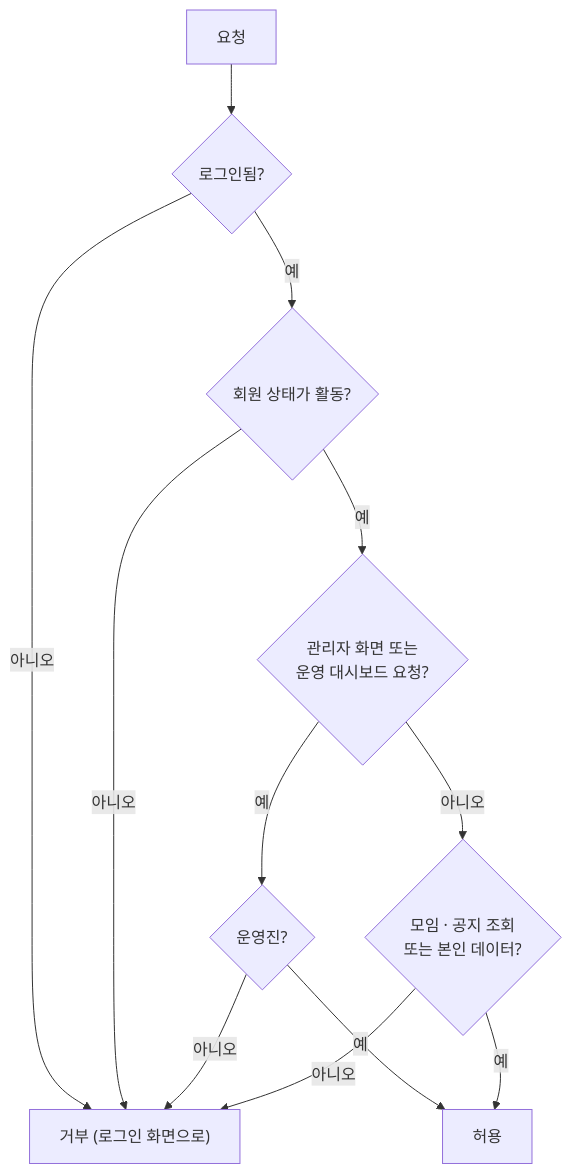
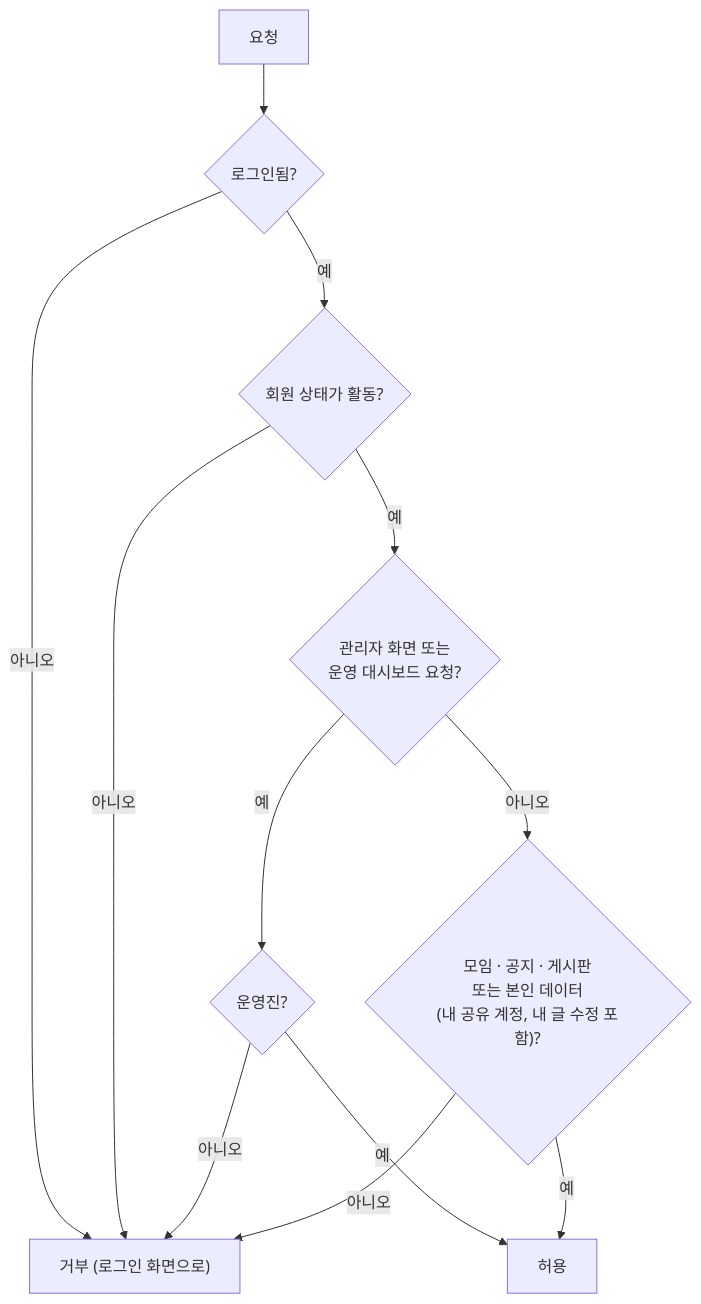
Before and after one commit to keepmind7/AI_Club_Web: diagram 13 of 13 in 동작 흐름.md, drawn with Mermaid. The commit also changed other lines of this file and 18 other files, not shown here.

````diff
--- a/동작 흐름.md
+++ b/동작 흐름.md
@@ -183,14 +208,14 @@
 ```mermaid
 flowchart TD
     A["요청"] --> B{"로그인됨?"}
     B -- 아니오 --> X["거부 (로그인 화면으로)"]
     B -- 예 --> C{"회원 상태가 활동?"}
     C -- 아니오 --> X
     C -- 예 --> D{"관리자 화면 또는<br/>운영 대시보드 요청?"}
     D -- 예 --> E{"운영진?"}
     E -- 예 --> O["허용"]
     E -- 아니오 --> X
-    D -- 아니오 --> F{"모임 · 공지 조회<br/>또는 본인 데이터?"}
+    D -- 아니오 --> F{"모임 · 공지 · 게시판<br/>또는 본인 데이터<br/>(내 공유 계정, 내 글 수정 포함)?"}
     F -- 예 --> O
     F -- 아니오 --> X
 ```
````
